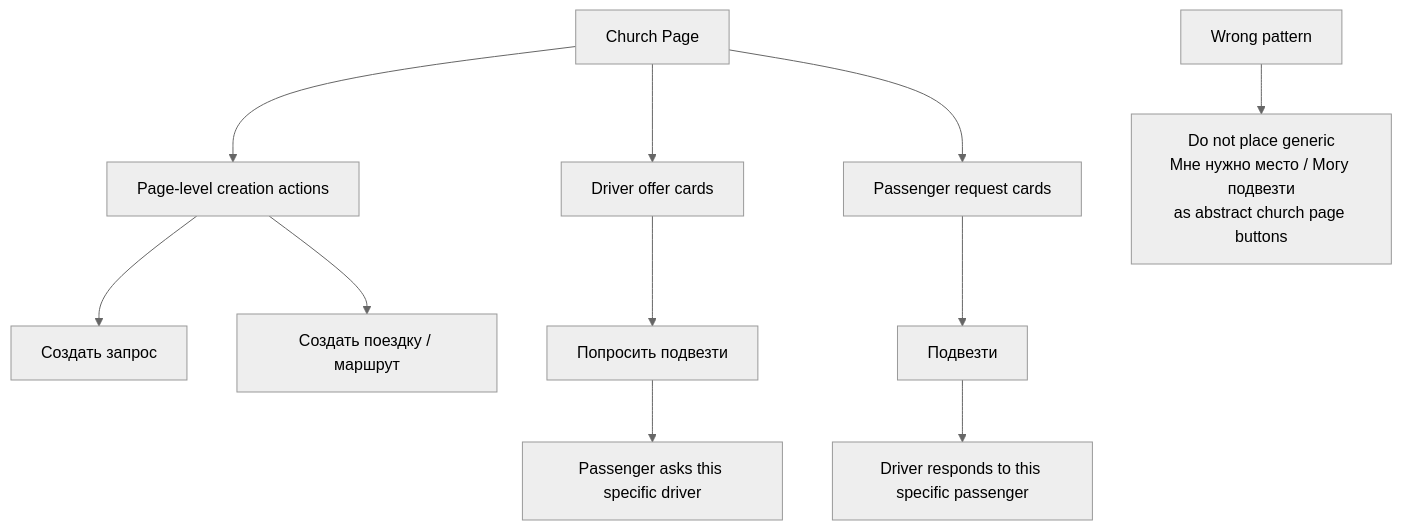
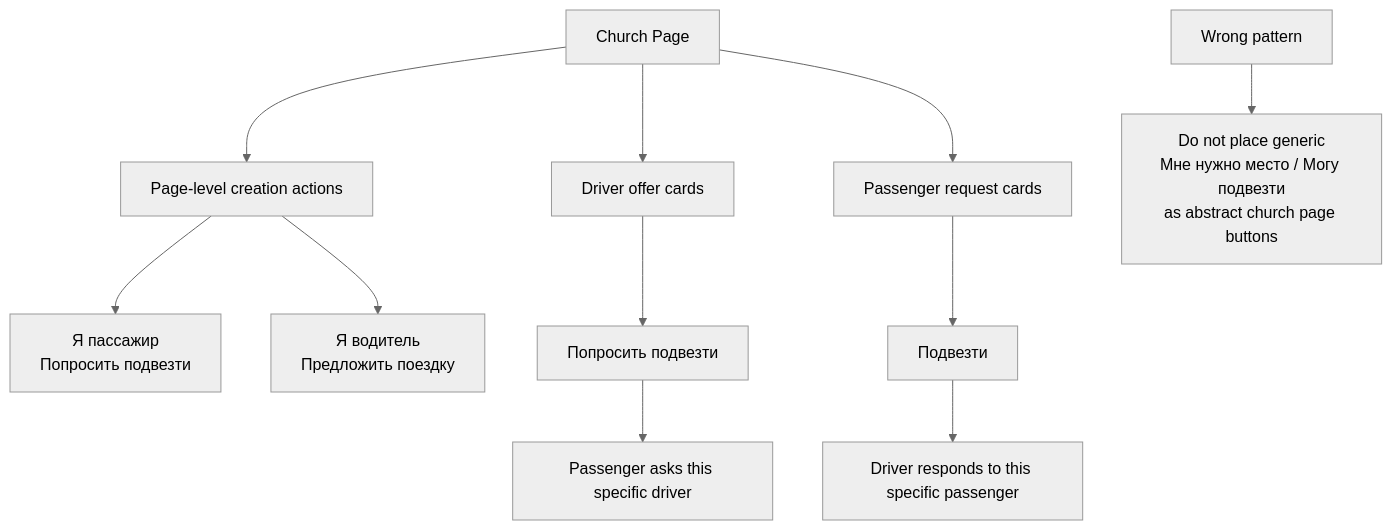
One commit to Agafanail/orthodox-routes changed the tenth of 15 diagrams in docs/PROJECT_MAP.md. Above: the diagram before and after it, drawn with Mermaid (neutral theme). The commit also changed other lines of this file and 33 other files, not shown here.

First line of the commit message:
Improve church transport offer flows

````diff
--- a/docs/PROJECT_MAP.md
+++ b/docs/PROJECT_MAP.md
@@ -430,17 +457,17 @@
 ```mermaid
 flowchart TD
     A["Church Page"] --> B["Page-level creation actions"]
     A --> C["Driver offer cards"]
     A --> D["Passenger request cards"]
 
-    B --> B1["Создать запрос"]
-    B --> B2["Создать поездку / маршрут"]
+    B --> B1["Я пассажир<br/>Попросить подвезти"]
+    B --> B2["Я водитель<br/>Предложить поездку"]
 
     C --> C1["Попросить подвезти"]
     C1 --> C2["Passenger asks this specific driver"]
 
     D --> D1["Подвезти"]
     D1 --> D2["Driver responds to this specific passenger"]
 
     X["Wrong pattern"] --> X1["Do not place generic<br/>Мне нужно место / Могу подвезти<br/>as abstract church page buttons"]
 ```
````
